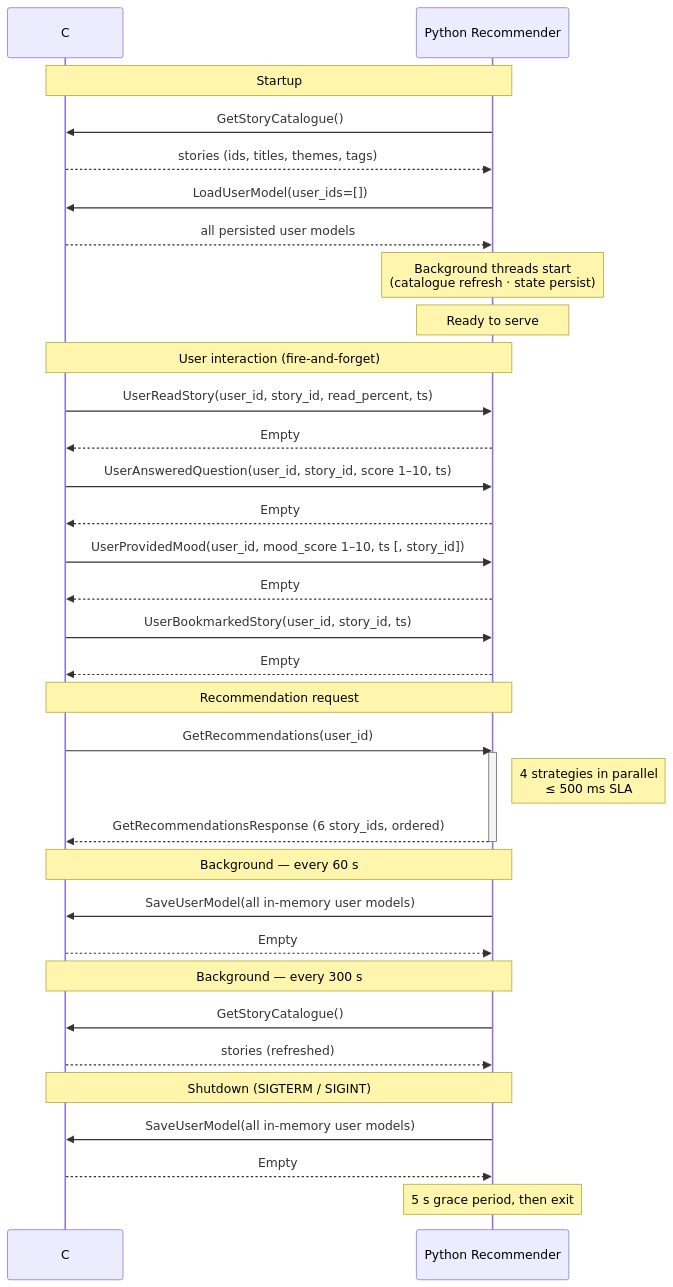
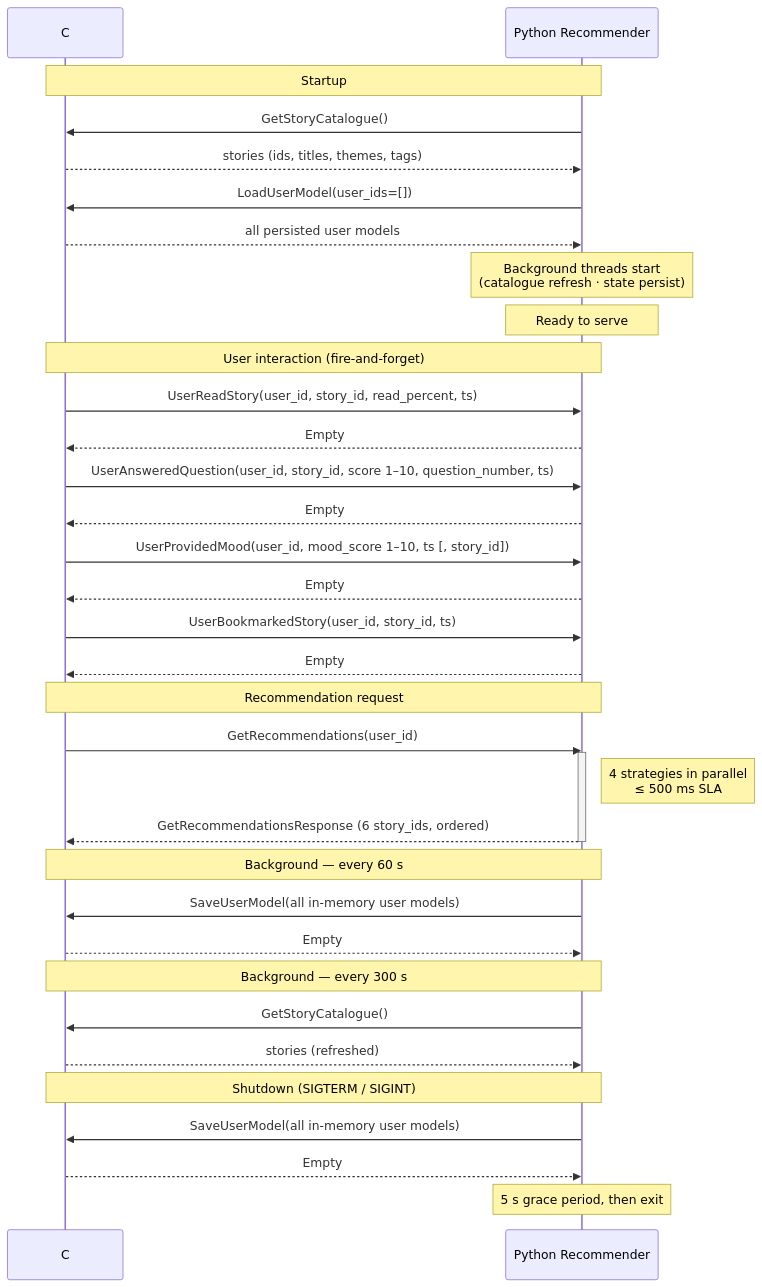
Before and after one commit to davidderoure/reco: the diagram in README.md, drawn with Mermaid. The commit also changed other lines of this file and 6 other files, not shown here.

First line of the commit message:
Add question_number to UserAnsweredQuestion — support 4 end-of-story questions

````diff
--- a/README.md
+++ b/README.md
@@ -20,54 +20,54 @@
 ```mermaid
 sequenceDiagram
     participant CS as C# App Server
     participant PY as Python Recommender
 
     Note over CS,PY: Startup
 
     PY->>CS: GetStoryCatalogue()
     CS-->>PY: stories (ids, titles, themes, tags)
 
     PY->>CS: LoadUserModel(user_ids=[])
     CS-->>PY: all persisted user models
 
     Note over PY: Background threads start<br/>(catalogue refresh · state persist)
     Note over PY: Ready to serve
 
     Note over CS,PY: User interaction (fire-and-forget)
 
     CS->>PY: UserReadStory(user_id, story_id, read_percent, ts)
     PY-->>CS: Empty
 
-    CS->>PY: UserAnsweredQuestion(user_id, story_id, score 1–10, ts)
+    CS->>PY: UserAnsweredQuestion(user_id, story_id, score 1–10, question_number, ts)
     PY-->>CS: Empty
 
     CS->>PY: UserProvidedMood(user_id, mood_score 1–10, ts [, story_id])
     PY-->>CS: Empty
 
     CS->>PY: UserBookmarkedStory(user_id, story_id, ts)
     PY-->>CS: Empty
 
     Note over CS,PY: Recommendation request
 
     CS->>PY: GetRecommendations(user_id)
     activate PY
     Note right of PY: 4 strategies in parallel<br/>≤ 500 ms SLA
     PY-->>CS: GetRecommendationsResponse (6 story_ids, ordered)
     deactivate PY
 
     Note over CS,PY: Background — every 60 s
 
     PY->>CS: SaveUserModel(all in-memory user models)
     CS-->>PY: Empty
 
     Note over CS,PY: Background — every 300 s
 
     PY->>CS: GetStoryCatalogue()
     CS-->>PY: stories (refreshed)
 
     Note over CS,PY: Shutdown (SIGTERM / SIGINT)
 
     PY->>CS: SaveUserModel(all in-memory user models)
     CS-->>PY: Empty
     Note over PY: 5 s grace period, then exit
 ```
````
